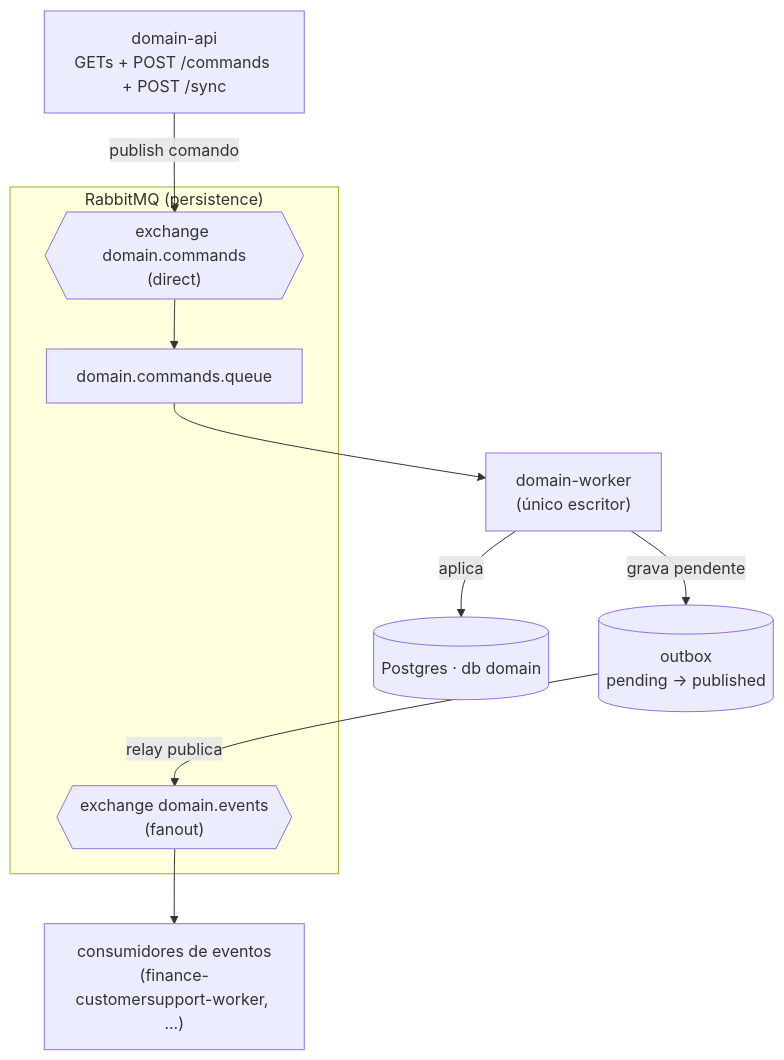
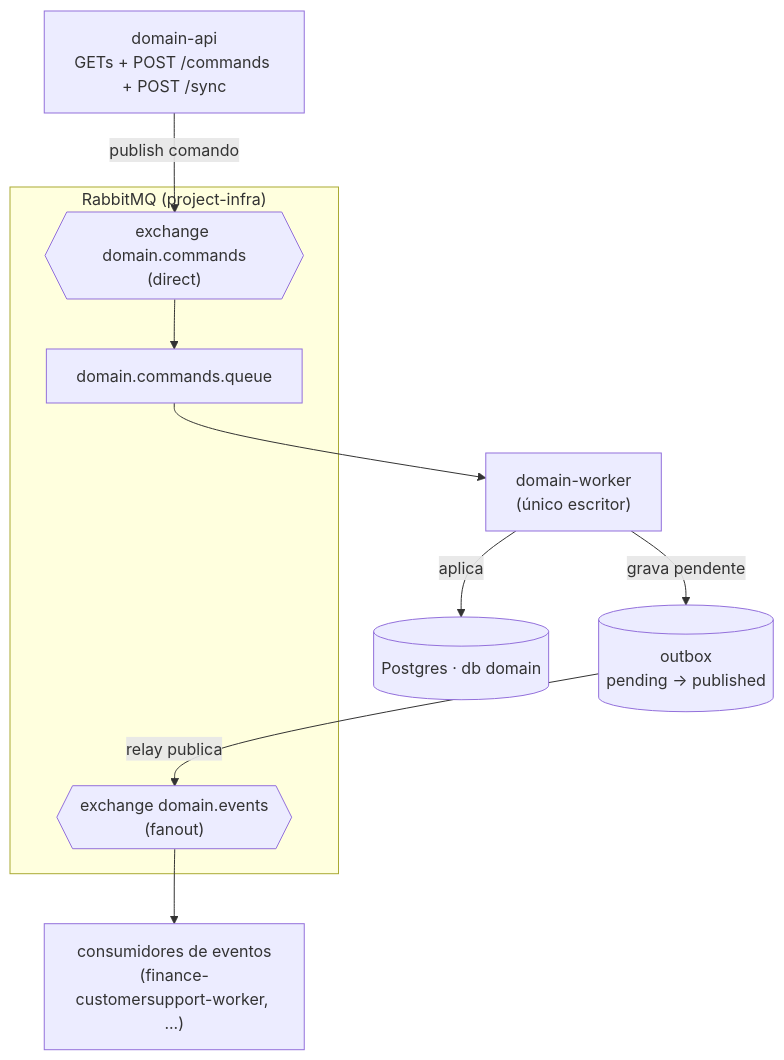
One commit to giomartinsdev/gio-random-projects changed the fourth of 5 diagrams in docs/architecture.md. Above: the diagram before and after it, drawn with Mermaid. The commit also changed other lines of this file and 6 other files, not shown here.

````diff
--- a/docs/architecture.md
+++ b/docs/architecture.md
@@ -171,23 +166,23 @@
 ```mermaid
 flowchart TB
   dapi["domain-api<br/>GETs + POST /commands + POST /sync"]
 
-  subgraph rabbit["RabbitMQ (persistence)"]
+  subgraph rabbit["RabbitMQ (project-infra)"]
     ex_cmd{{"exchange domain.commands<br/>(direct)"}}
     q_cmd["domain.commands.queue"]
     ex_ev{{"exchange domain.events<br/>(fanout)"}}
   end
 
   dworker["domain-worker<br/>(único escritor)"]
   outbox[("outbox<br/>pending → published")]
   pg[("Postgres · db domain")]
   consumers["consumidores de eventos<br/>(finance-customersupport-worker, ...)"]
 
   dapi -->|publish comando| ex_cmd
   ex_cmd --> q_cmd
   q_cmd --> dworker
   dworker -->|aplica| pg
   dworker -->|grava pendente| outbox
   outbox -->|relay publica| ex_ev
   ex_ev --> consumers
 ```
````
